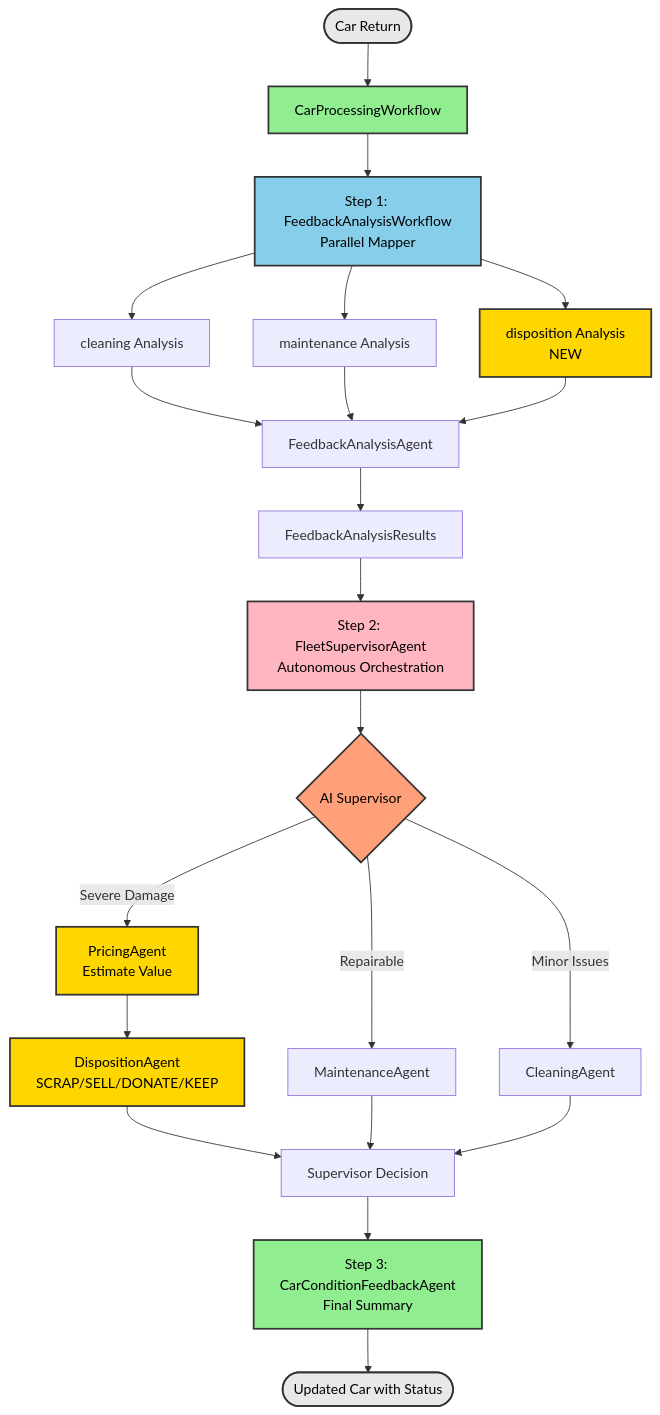
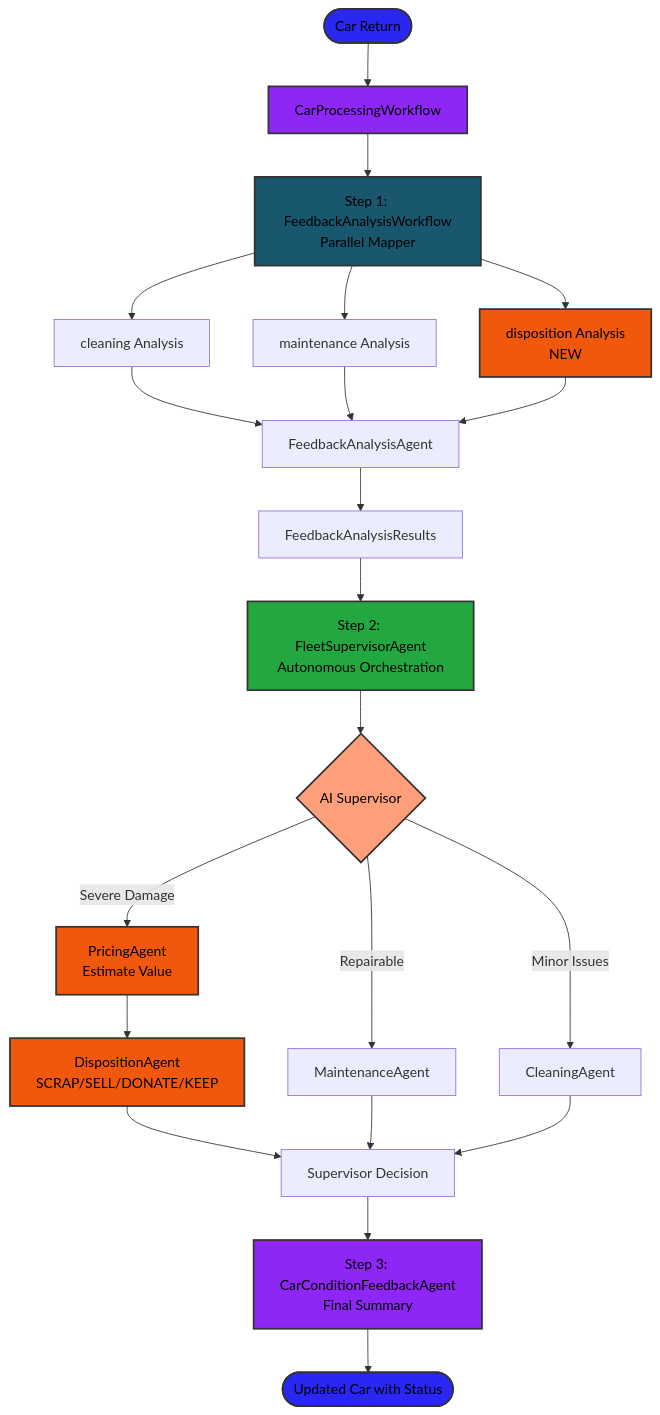
The first of 5 diagrams in docs/docs/section-2/step-04.md (OpenLiberty/liberty-workshop-langchain4j), drawn with Mermaid before and after one commit. The commit also changed other lines of this file and 12 other files, not shown here.

````diff
--- a/docs/docs/section-2/step-04.md
+++ b/docs/docs/section-2/step-04.md
@@ -91,38 +115,38 @@
 ```mermaid
 graph TB
     Start(["Car Return"]) --> A["CarProcessingWorkflow"]
 
     A --> B["Step 1: FeedbackAnalysisWorkflow<br/>Parallel Mapper"]
     B --> B1["cleaning Analysis"]
     B --> B2["maintenance Analysis"]
     B --> B3["disposition Analysis<br/>NEW"]
     B1 --> BA["FeedbackAnalysisAgent"]
     B2 --> BA
     B3 --> BA
     BA --> BEnd["FeedbackAnalysisResults"]
 
     BEnd --> C["Step 2: FleetSupervisorAgent<br/>Autonomous Orchestration"]
     C --> C1{"AI Supervisor"}
     C1 -->|"Severe Damage"| C2["PricingAgent<br/>Estimate Value"]
     C2 --> C3["DispositionAgent<br/>SCRAP/SELL/DONATE/KEEP"]
     C1 -->|Repairable| C4["MaintenanceAgent"]
     C1 -->|"Minor Issues"| C5["CleaningAgent"]
 
     C3 --> CEnd["Supervisor Decision"]
     C4 --> CEnd
     C5 --> CEnd
 
     CEnd --> D["Step 3: CarConditionFeedbackAgent<br/>Final Summary"]
     D --> End(["Updated Car with Status"])
 
-    style A fill:#90EE90,stroke:#333,stroke-width:2,color:#000
-    style B fill:#87CEEB,stroke:#333,stroke-width:2,color:#000
-    style C fill:#FFB6C1,stroke:#333,stroke-width:2,color:#000
-    style D fill:#90EE90,stroke:#333,stroke-width:2,color:#000
+    style A fill:#8E27F5,stroke:#333,stroke-width:2,color:#000
+    style B fill:#19576E,stroke:#333,stroke-width:2,color:#000
+    style C fill:#23A841,stroke:#333,stroke-width:2,color:#000
+    style D fill:#8E27F5,stroke:#333,stroke-width:2,color:#000
     style C1 fill:#FFA07A,stroke:#333,stroke-width:2,color:#000
-    style B3 fill:#FFD700,stroke:#333,stroke-width:2,color:#000
-    style C2 fill:#FFD700,stroke:#333,stroke-width:2,color:#000
-    style C3 fill:#FFD700,stroke:#333,stroke-width:2,color:#000
-    style Start fill:#E8E8E8,stroke:#333,stroke-width:2,color:#000
-    style End fill:#E8E8E8,stroke:#333,stroke-width:2,color:#000
+    style B3 fill:#F0580E,stroke:#333,stroke-width:2,color:#000
+    style C2 fill:#F0580E,stroke:#333,stroke-width:2,color:#000
+    style C3 fill:#F0580E,stroke:#333,stroke-width:2,color:#000
+    style Start fill:#2A27F5,stroke:#333,stroke-width:2,color:#000
+    style End fill:#2A27F5,stroke:#333,stroke-width:2,color:#000
 ```
````
